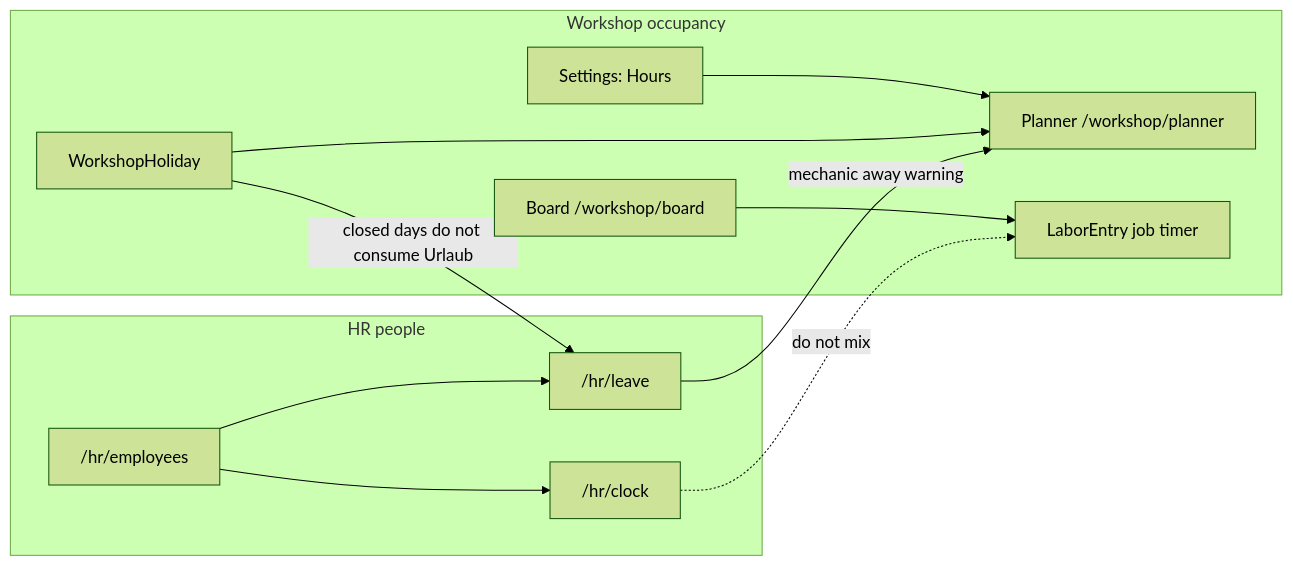
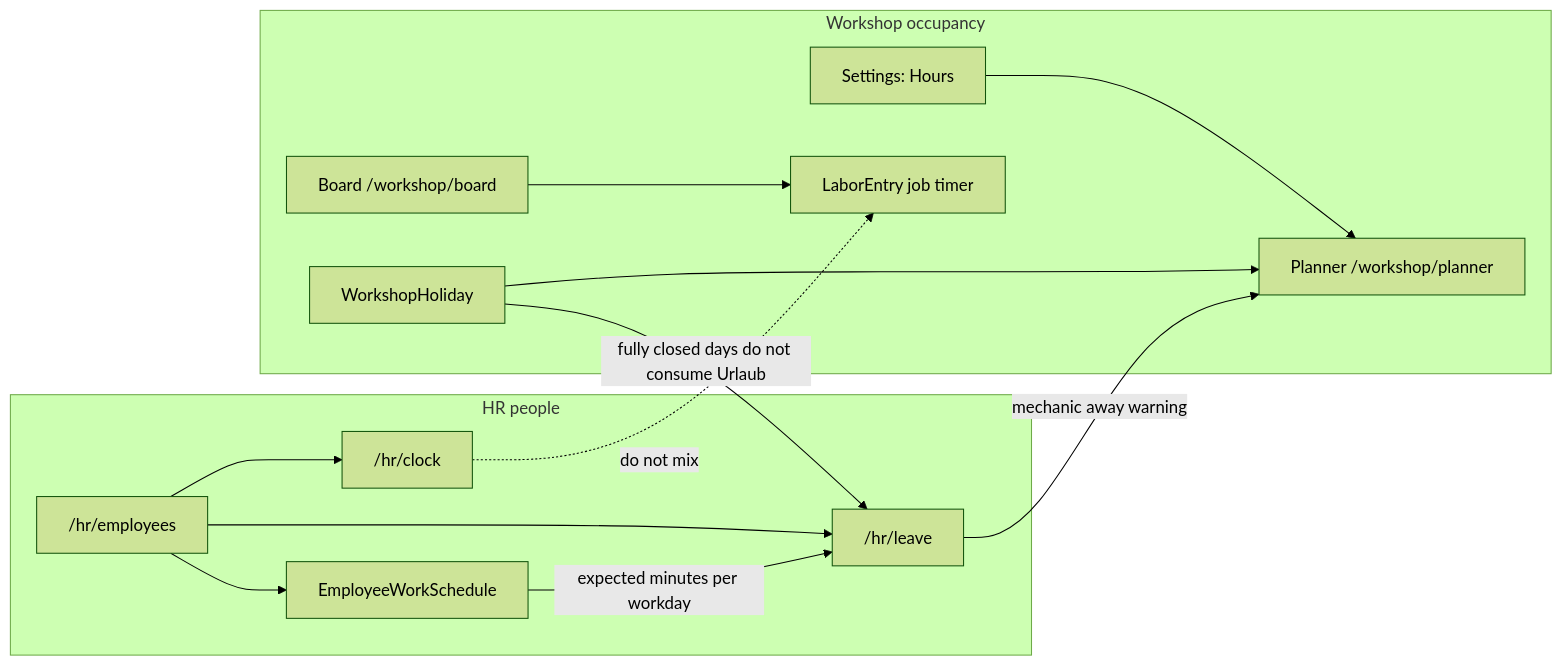
The diagram in docs/internal/02-Feature-Specs/HR/2026-08-22-hr-time-and-leave.md (vandean25/auto-core-platform), drawn with Mermaid (forest theme) before and after one commit. The commit also changed other lines of this file and 1 other file, not shown here.

First line of the commit message:
docs(hr): amend feature spec for minutes & schedules (AUT-192) (#412)

````diff
--- a/docs/internal/02-Feature-Specs/HR/2026-08-22-hr-time-and-leave.md
+++ b/docs/internal/02-Feature-Specs/HR/2026-08-22-hr-time-and-leave.md
@@ -53,25 +69,28 @@
 ```mermaid
 flowchart LR
   subgraph workshop [Workshop occupancy]
     Hours["Settings: Hours"]
     ShopHoliday[WorkshopHoliday]
     Planner["Planner /workshop/planner"]
     Board["Board /workshop/board"]
     Labor[LaborEntry job timer]
     Hours --> Planner
     ShopHoliday --> Planner
     Board --> Labor
   end
 
   subgraph hr [HR people]
     Employees["/hr/employees"]
     Clock["/hr/clock"]
     Leave["/hr/leave"]
+    Schedule["EmployeeWorkSchedule"]
     Employees --> Clock
     Employees --> Leave
+    Employees --> Schedule
   end
 
-  ShopHoliday -->|"closed days do not consume Urlaub"| Leave
+  ShopHoliday -->|"fully closed days do not consume Urlaub"| Leave
+  Schedule -->|"expected minutes per workday"| Leave
   Leave -->|"mechanic away warning"| Planner
   Clock -.->|"do not mix"| Labor
 ```
````
